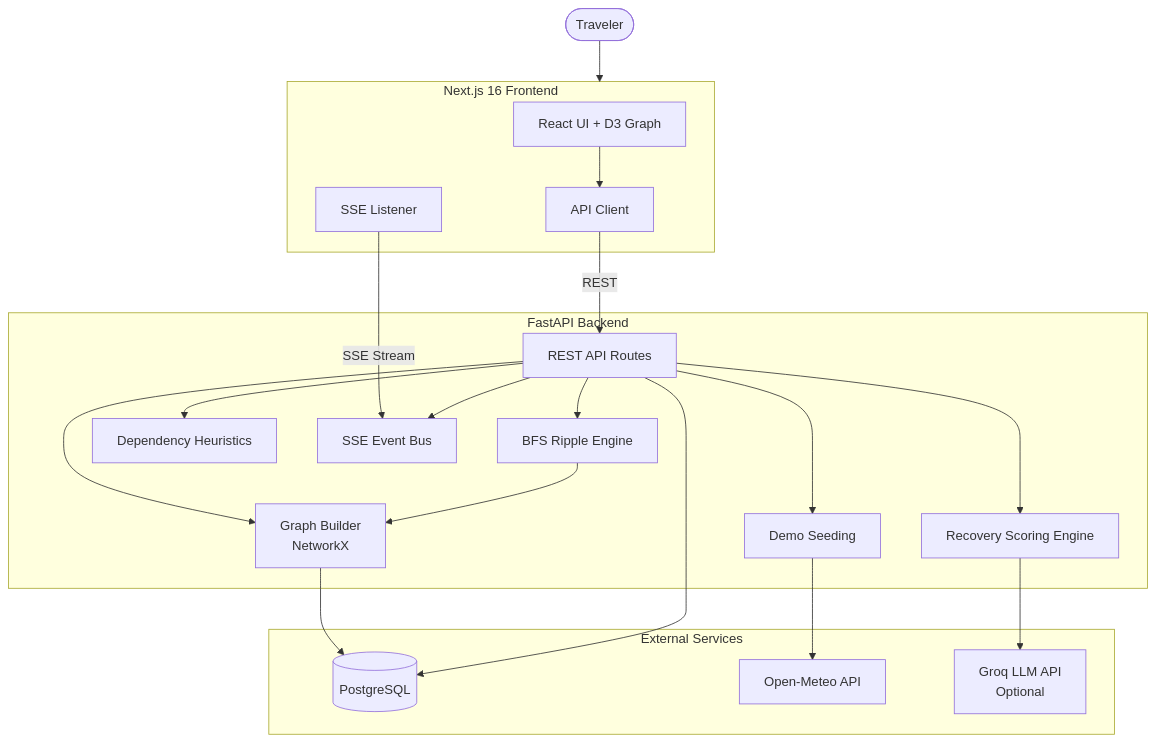
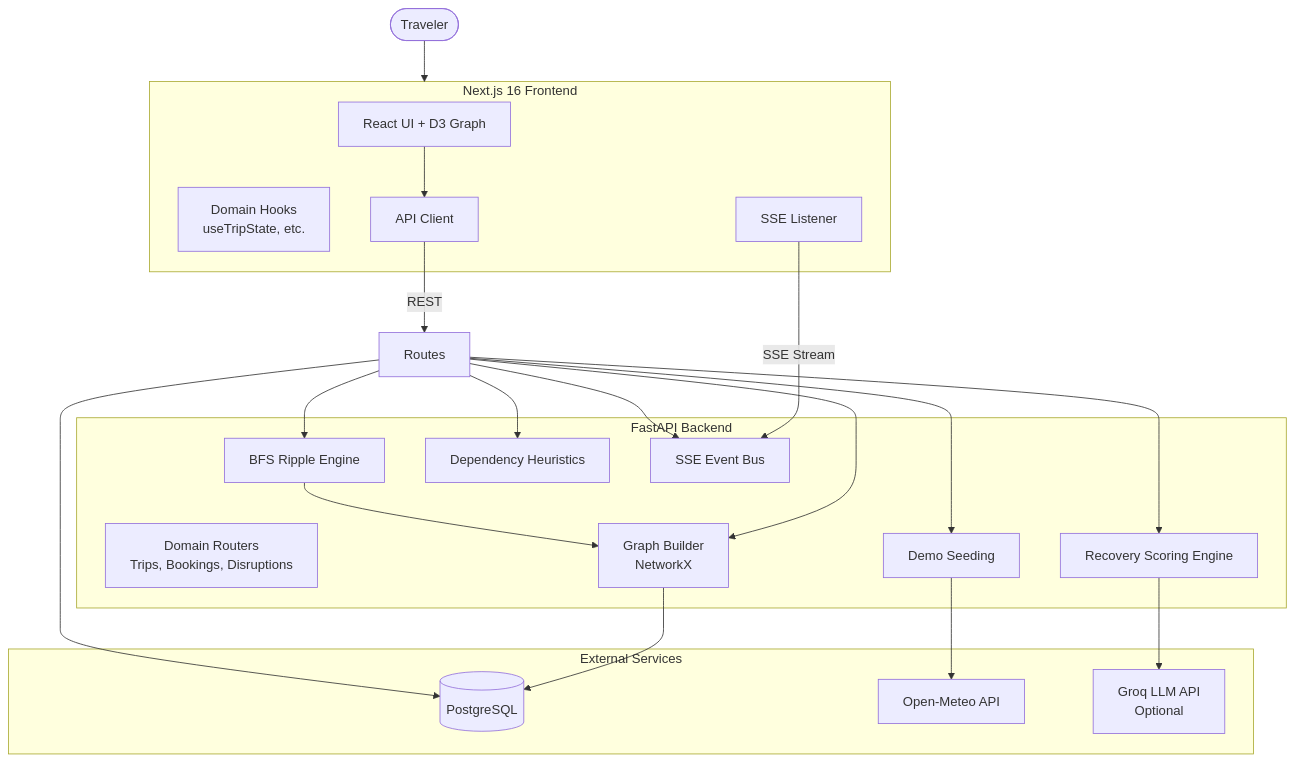
The first of 3 diagrams in README.md (Rihaan-Shaikh/slack), drawn with Mermaid before and after one commit. The commit also changed other lines of this file and 1 other file, not shown here.

````diff
--- a/README.md
+++ b/README.md
@@ -27,41 +27,42 @@
 ```mermaid
 flowchart TB
     User([Traveler]) --> Frontend
 
     subgraph Frontend["Next.js 16 Frontend"]
         UI[React UI + D3 Graph]
+        Hooks[Domain Hooks<br/>useTripState, etc.]
         API_Client[API Client]
         SSE_Listener[SSE Listener]
     end
 
     subgraph Backend["FastAPI Backend"]
-        Routes[REST API Routes]
+        Routers[Domain Routers<br/>Trips, Bookings, Disruptions]
         GraphEngine[Graph Builder<br/>NetworkX]
         RippleEngine[BFS Ripple Engine]
         RecoveryEngine[Recovery Scoring Engine]
         Heuristics[Dependency Heuristics]
         EventBus[SSE Event Bus]
         DemoSeed[Demo Seeding]
     end
 
     subgraph External["External Services"]
         PostgreSQL[(PostgreSQL)]
         OpenMeteo[Open-Meteo API]
         Groq[Groq LLM API<br/>Optional]
     end
 
     UI --> API_Client
     API_Client -->|REST| Routes
     SSE_Listener -->|SSE Stream| EventBus
     Routes --> GraphEngine
     Routes --> RippleEngine
     Routes --> RecoveryEngine
     Routes --> Heuristics
     Routes --> EventBus
     Routes --> DemoSeed
     GraphEngine --> PostgreSQL
     RippleEngine --> GraphEngine
     RecoveryEngine --> Groq
     DemoSeed --> OpenMeteo
     Routes --> PostgreSQL
 ```
````
